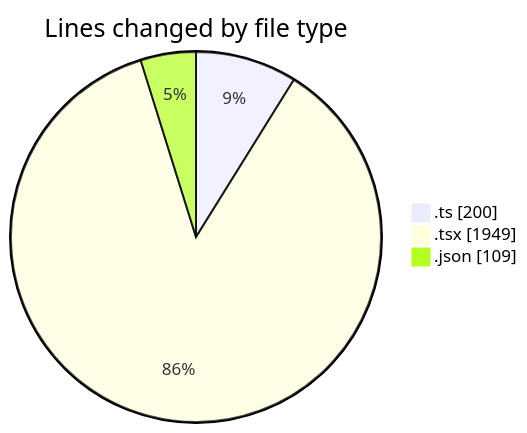
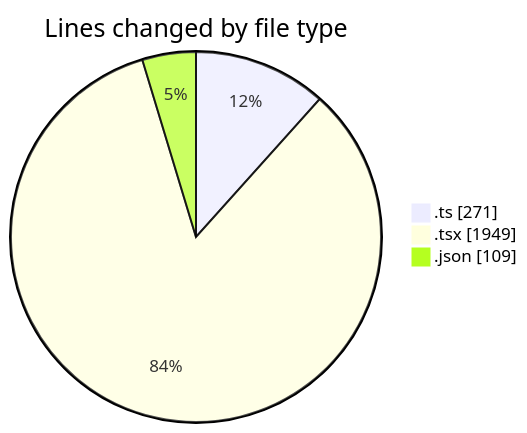
Before and after one commit to momahboobian/code-tracking: the first of 2 diagrams in 2025-07-04/cda/README.md, drawn with Mermaid. The commit also changed other lines of this file and 1 other file, not shown here.

````diff
--- a/2025-07-04/cda/README.md
+++ b/2025-07-04/cda/README.md
@@ -27,7 +28,7 @@
 ```mermaid
 pie showData
 title Lines changed by file type
-".ts" : 200
+".ts" : 271
 ".tsx" : 1949
 ".json" : 109
 ```
````
